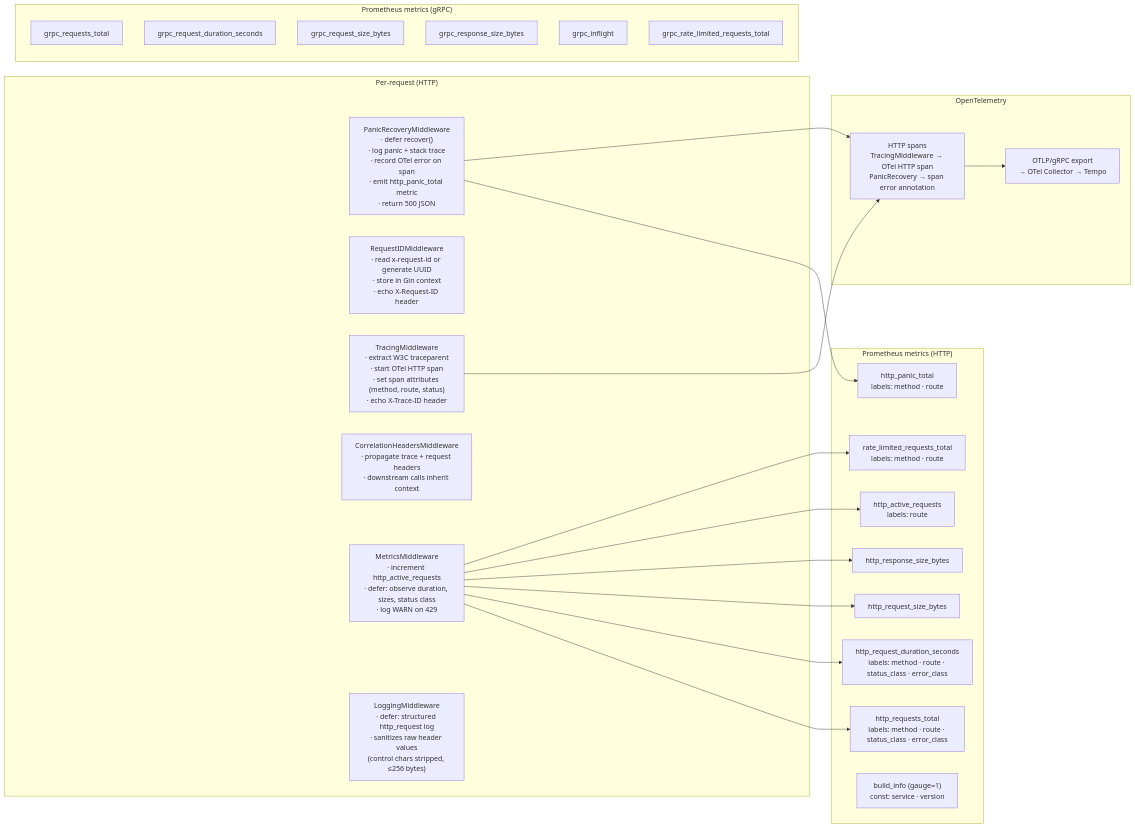
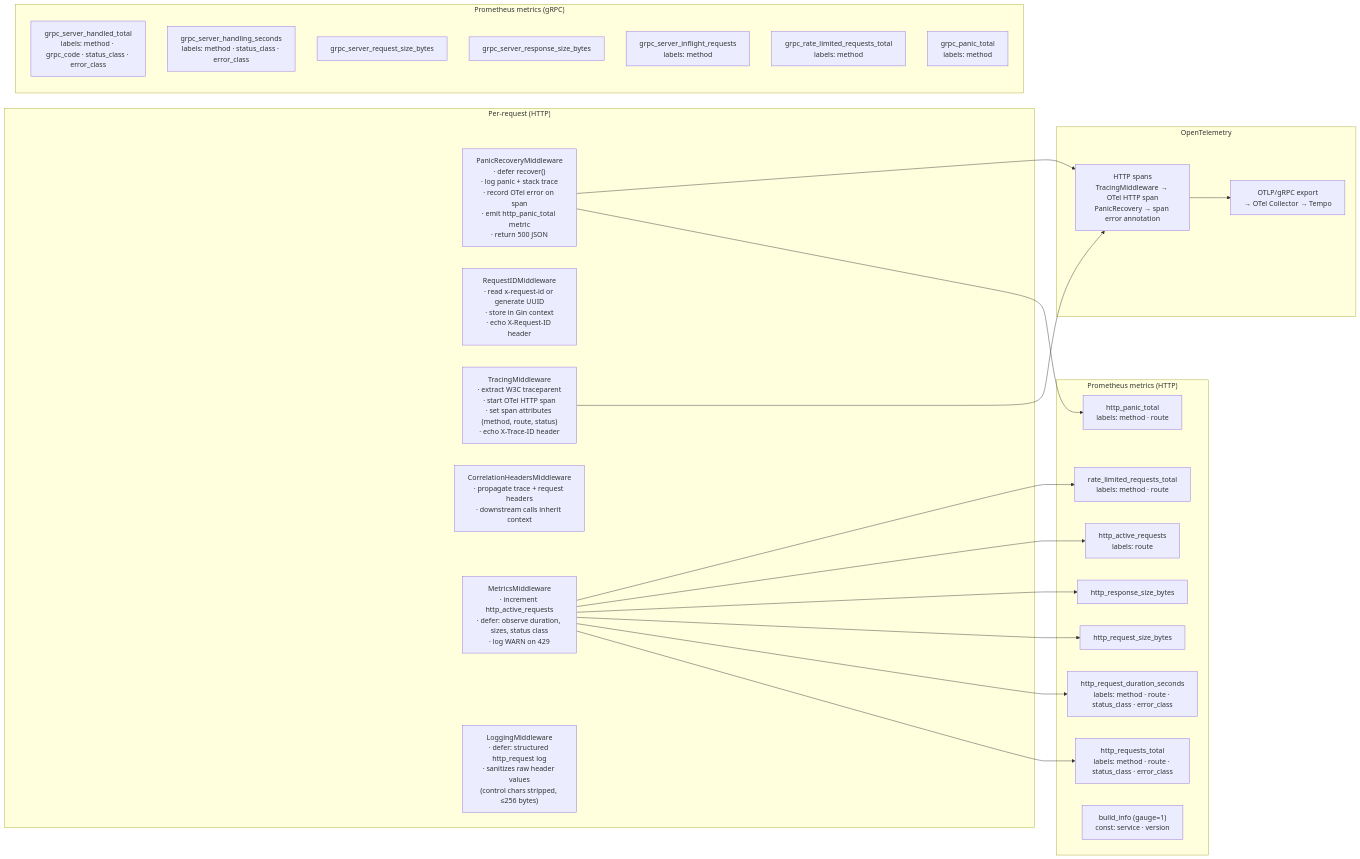
The diagram in docs/architecture/mermaid/observability-stack.mmd (BCBP-SOLUTIONS-FZC-LLC/platform-gincommon), drawn with Mermaid before and after one commit. The commit also changed 46 other files, not shown here.

```diff
--- a/docs/architecture/mermaid/observability-stack.mmd
+++ b/docs/architecture/mermaid/observability-stack.mmd
@@ -1,45 +1,46 @@
 graph LR
     subgraph req["Per-request (HTTP)"]
         pr["PanicRecoveryMiddleware\n· defer recover()\n· log panic + stack trace\n· record OTel error on span\n· emit http_panic_total metric\n· return 500 JSON"]
         ri["RequestIDMiddleware\n· read x-request-id or generate UUID\n· store in Gin context\n· echo X-Request-ID header"]
         tr["TracingMiddleware\n· extract W3C traceparent\n· start OTel HTTP span\n· set span attributes (method, route, status)\n· echo X-Trace-ID header"]
         ch["CorrelationHeadersMiddleware\n· propagate trace + request headers\n· downstream calls inherit context"]
         me["MetricsMiddleware\n· increment http_active_requests\n· defer: observe duration, sizes, status class\n· log WARN on 429"]
         lo["LoggingMiddleware\n· defer: structured http_request log\n· sanitizes raw header values\n(control chars stripped, ≤256 bytes)"]
     end
 
     subgraph prom["Prometheus metrics (HTTP)"]
         p1["http_requests_total\nlabels: method · route · status_class · error_class"]
         p2["http_request_duration_seconds\nlabels: method · route · status_class · error_class"]
         p3["http_request_size_bytes"]
         p4["http_response_size_bytes"]
         p5["http_active_requests\nlabels: route"]
         p6["http_panic_total\nlabels: method · route"]
         p7["rate_limited_requests_total\nlabels: method · route"]
         p8["build_info (gauge=1)\nconst: service · version"]
     end
 
     subgraph grpc_m["Prometheus metrics (gRPC)"]
-        g1["grpc_requests_total"]
-        g2["grpc_request_duration_seconds"]
-        g3["grpc_request_size_bytes"]
-        g4["grpc_response_size_bytes"]
-        g5["grpc_inflight"]
-        g6["grpc_rate_limited_requests_total"]
+        g1["grpc_server_handled_total\nlabels: method · grpc_code · status_class · error_class"]
+        g2["grpc_server_handling_seconds\nlabels: method · status_class · error_class"]
+        g3["grpc_server_request_size_bytes"]
+        g4["grpc_server_response_size_bytes"]
+        g5["grpc_server_inflight_requests\nlabels: method"]
+        g6["grpc_rate_limited_requests_total\nlabels: method"]
+        g7["grpc_panic_total\nlabels: method"]
     end
 
     subgraph otel["OpenTelemetry"]
         ot1["HTTP spans\nTracingMiddleware → OTel HTTP span\nPanicRecovery → span error annotation"]
         ot2["OTLP/gRPC export\n→ OTel Collector → Tempo"]
     end
 
     me --> p1
     me --> p2
     me --> p3
     me --> p4
     me --> p5
     pr --> p6
     me --> p7
     tr --> ot1
     pr --> ot1
     ot1 --> ot2
```
